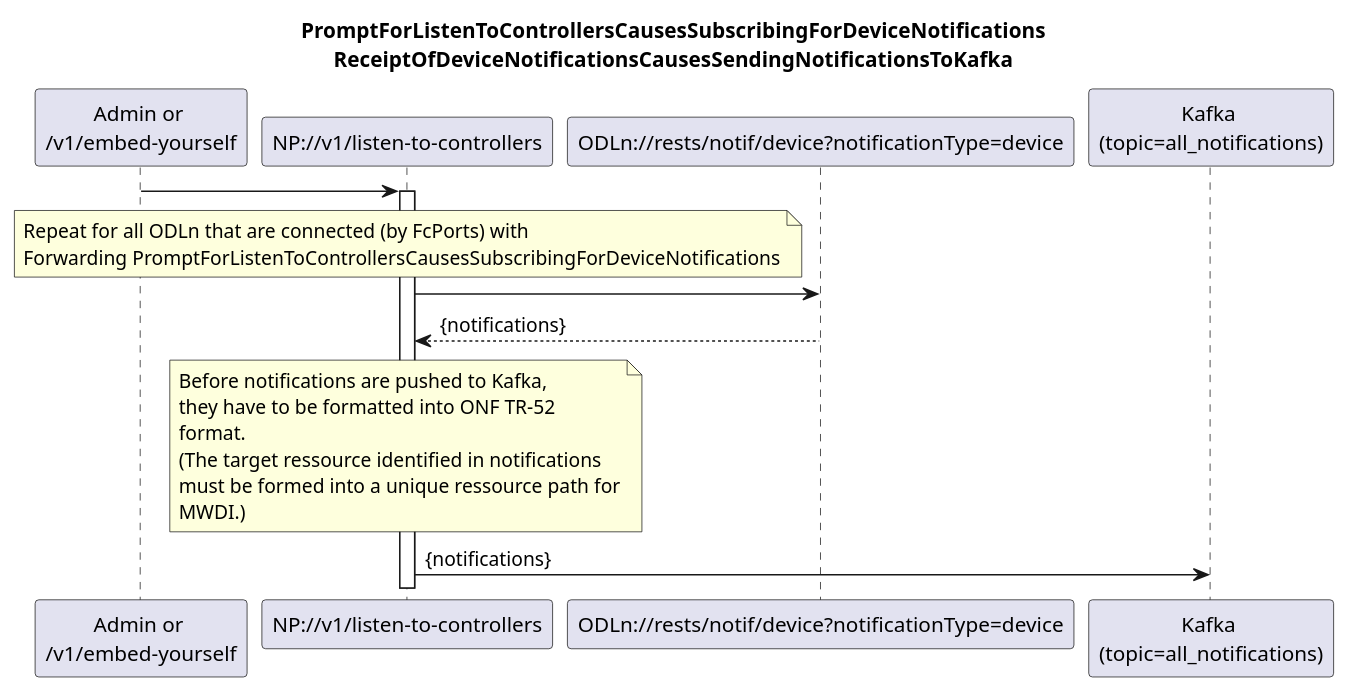
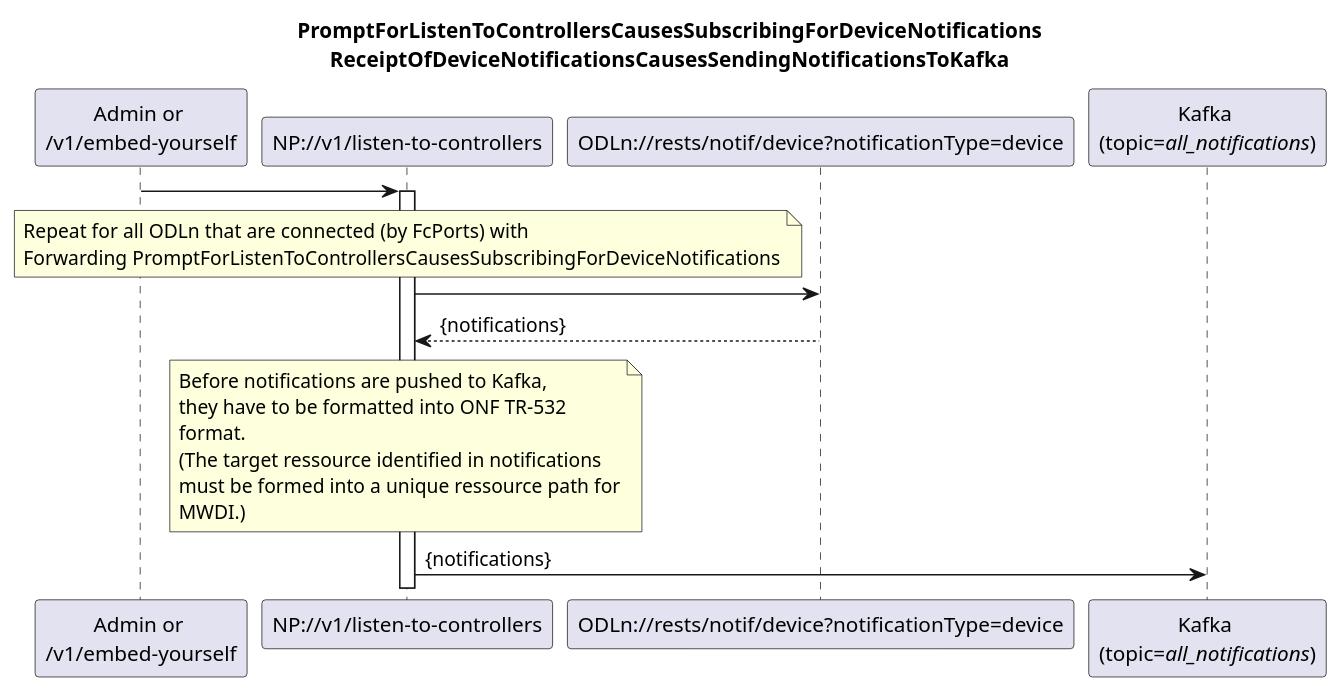
One commit to openBackhaul/NotificationProxy changed the diagram in spec/diagrams/is005_SubscribingForDeviceNotifications.plantuml. Above: the diagram before and after it, drawn with PlantUML. The commit also changed 3 other files, not shown here.

```diff
--- a/spec/diagrams/is005_SubscribingForDeviceNotifications.plantuml
+++ b/spec/diagrams/is005_SubscribingForDeviceNotifications.plantuml
@@ -1,36 +1,36 @@
 @startuml is005_SubscribingForDeviceNotifications
 skinparam responseMessageBelowArrow true
 
 title
   PromptForListenToControllersCausesSubscribingForDeviceNotifications
   ReceiptOfDeviceNotificationsCausesSendingNotificationsToKafka
 end title
 
 participant "Admin or \n/v1/embed-yourself" as Requestor
 participant "NP://v1/listen-to-controllers" as NP_listen
 participant "ODLn://rests/notif/device?notificationType=device" as ODLn
-participant "Kafka \n(topic=all_notifications)" as Kafka
+participant "Kafka \n(topic=<i>all_notifications</i>)" as Kafka
 
 Requestor -> NP_listen
 activate NP_listen
 
 note over NP_listen
 Repeat for all ODLn that are connected (by FcPorts) with
 Forwarding PromptForListenToControllersCausesSubscribingForDeviceNotifications
 end note
 
 NP_listen -> ODLn
 ODLn --> NP_listen: {notifications}
 
 note over NP_listen
   Before notifications are pushed to Kafka,
-  they have to be formatted into ONF TR-52
+  they have to be formatted into ONF TR-532
   format.
   (The target ressource identified in notifications
   must be formed into a unique ressource path for
   MWDI.)
 end note
 
 NP_listen -> Kafka: {notifications}
 
 @enduml
```
